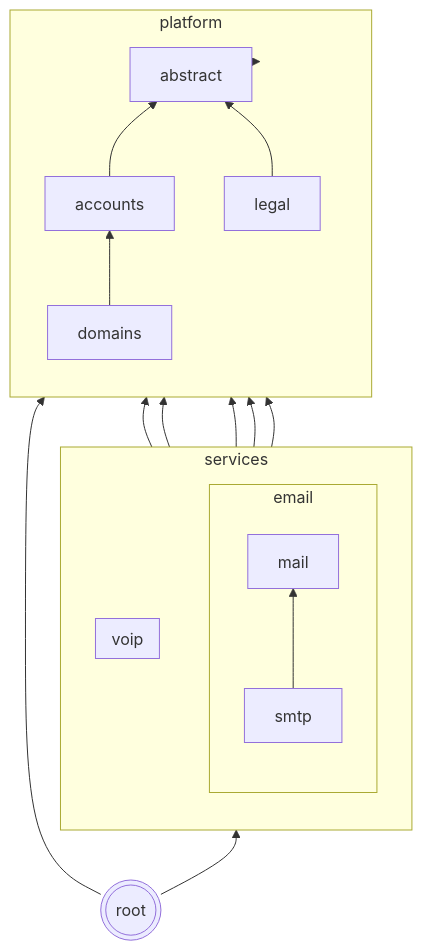
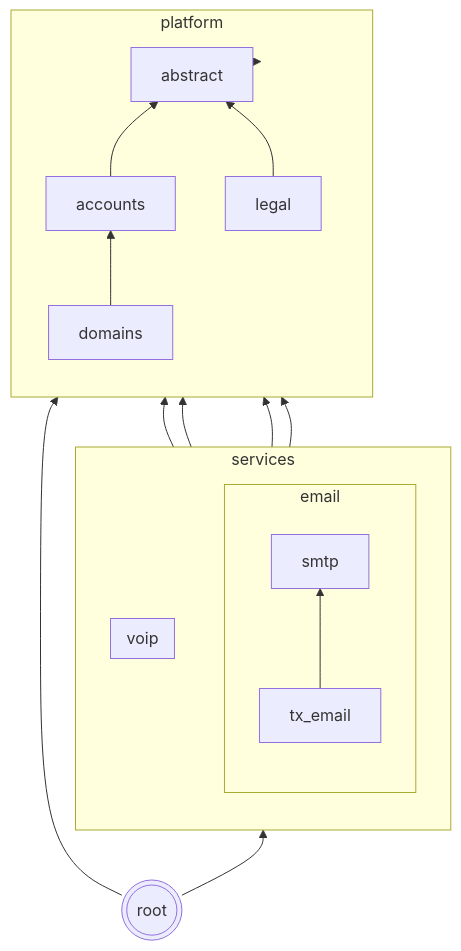
The diagram in README.md (codingjoe/relay), drawn with Mermaid before and after one commit. The commit also changed other lines of this file and 37 other files, not shown here.

````diff
--- a/README.md
+++ b/README.md
@@ -96,34 +97,33 @@
 ```mermaid
 graph BT
  abstract[abstract];
  subgraph platform
  direction BT
  accounts
  domains
  legal
  domains --> accounts
  accounts --> abstract
  legal --> abstract
  end
  subgraph services
  direction BT
  subgraph email
  direction BT
- mail
+ tx_email[tx_email]
  smtp
- mail --> domains
- mail --> abstract
  smtp --> accounts
  smtp --> domains
- smtp --> mail
+ tx_email --> smtp
+ tx_email --> domains
  end
  subgraph voip
  direction BT
  end
  end
  services --> platform;
  platform --> abstract;
  root --> services;
  root --> platform;
  root(((root)))
 ```
````
